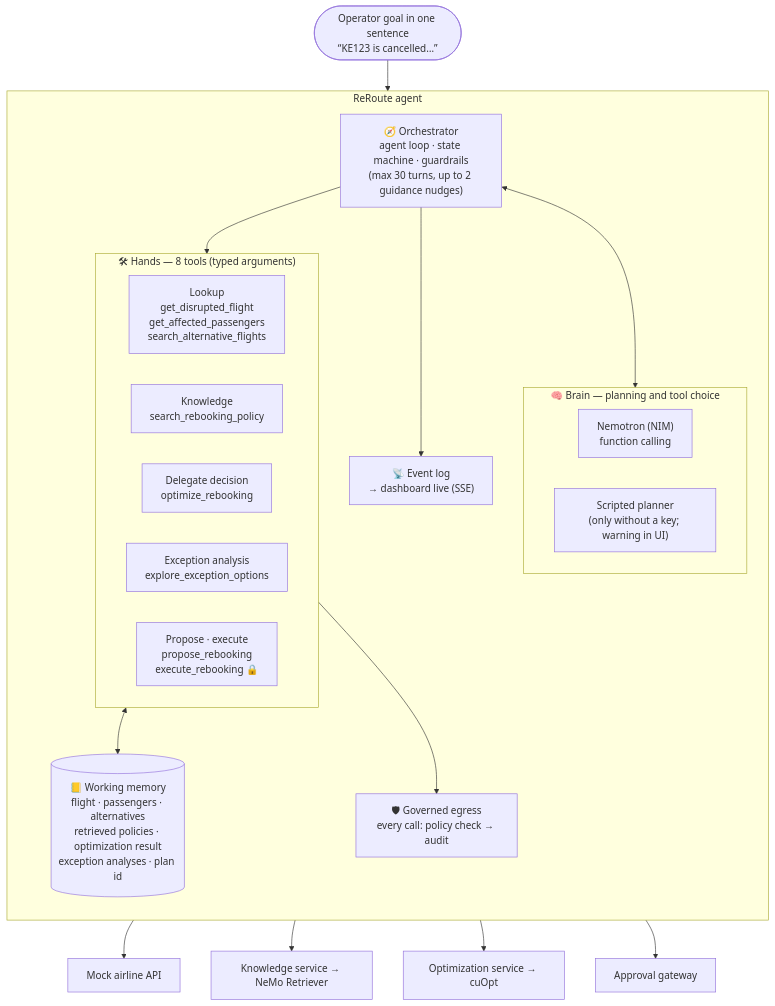
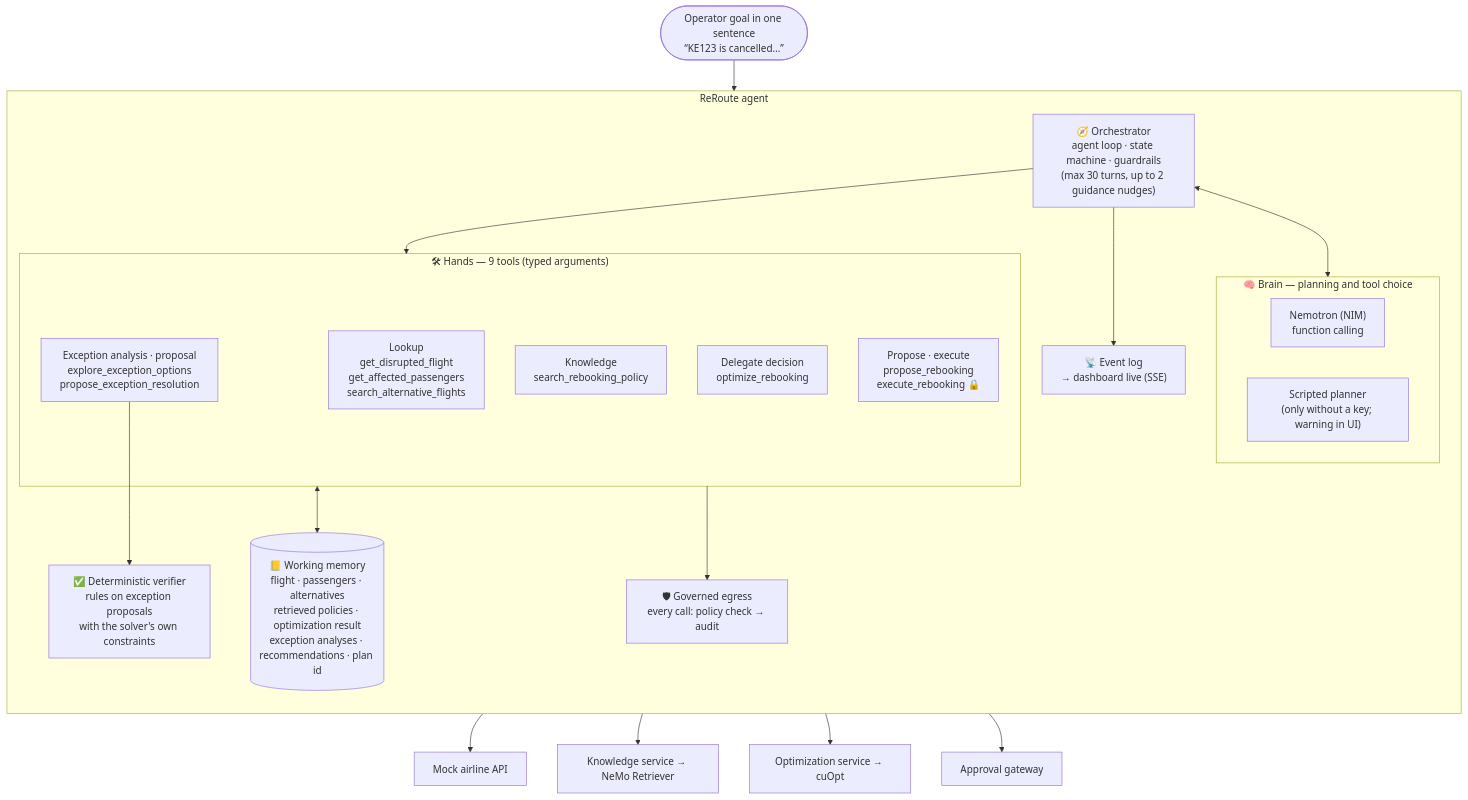
Before and after one commit to hyunolike/reroute-irops-agent: the first of 9 diagrams in docs/agent.en.md, drawn with Mermaid. The commit also changed other lines of this file and 3 other files, not shown here.

````diff
--- a/docs/agent.en.md
+++ b/docs/agent.en.md
@@ -23,37 +24,39 @@
 ```mermaid
 flowchart TB
     goal(["Operator goal in one sentence<br/>“KE123 is cancelled…”"]) --> orch
 
     subgraph agent["ReRoute agent"]
         direction TB
         orch["🧭 Orchestrator<br/>agent loop · state machine · guardrails<br/>(max 30 turns, up to 2 guidance nudges)"]
 
         subgraph brain["🧠 Brain — planning and tool choice"]
             nim["Nemotron (NIM)<br/>function calling"]
             fb["Scripted planner<br/>(only without a key; warning in UI)"]
         end
 
-        subgraph hands["🛠 Hands — 8 tools (typed arguments)"]
+        subgraph hands["🛠 Hands — 9 tools (typed arguments)"]
             t1["Lookup<br/>get_disrupted_flight<br/>get_affected_passengers<br/>search_alternative_flights"]
             t2["Knowledge<br/>search_rebooking_policy"]
             t3["Delegate decision<br/>optimize_rebooking"]
-            t4["Exception analysis<br/>explore_exception_options"]
+            t4["Exception analysis · proposal<br/>explore_exception_options<br/>propose_exception_resolution"]
             t5["Propose · execute<br/>propose_rebooking<br/>execute_rebooking 🔒"]
         end
 
-        mem[("📒 Working memory<br/>flight · passengers · alternatives<br/>retrieved policies · optimization result<br/>exception analyses · plan id")]
+        mem[("📒 Working memory<br/>flight · passengers · alternatives<br/>retrieved policies · optimization result<br/>exception analyses · recommendations · plan id")]
+        ver["✅ Deterministic verifier<br/>rules on exception proposals<br/>with the solver's own constraints"]
         guard["🛡 Governed egress<br/>every call: policy check → audit"]
         log["📡 Event log<br/>→ dashboard live (SSE)"]
     end
 
     orch <--> brain
     orch --> hands
     hands <--> mem
+    t4 --> ver
     hands --> guard
     orch --> log
 
     guard --> svc1["Mock airline API"]
     guard --> svc2["Knowledge service → NeMo Retriever"]
     guard --> svc3["Optimization service → cuOpt"]
     guard --> svc4["Approval gateway"]
 ```
````
